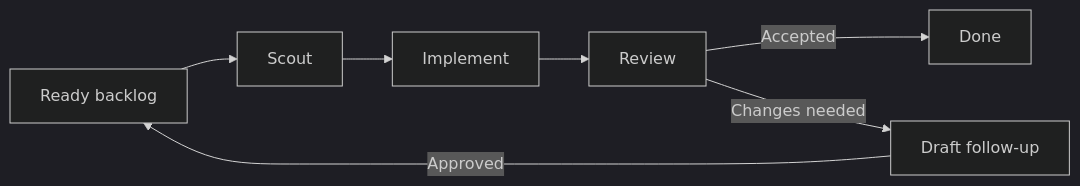
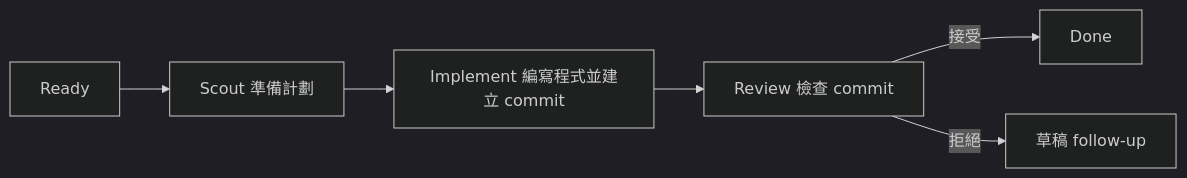
One commit to devos-ing/Roc changed the diagram in README.zh-HK.md. Above: the diagram before and after it, drawn with Mermaid (dark theme). The commit also changed other lines of this file, not shown here.

````diff
--- a/README.zh-HK.md
+++ b/README.zh-HK.md
@@ -209,9 +91,8 @@
 ```mermaid
 flowchart LR
-    B[Ready backlog] --> S[Scout]
-    S --> I[Implement]
-    I --> R[Review]
-    R -->|Accepted| D[Done]
-    R -->|Changes needed| F[Draft follow-up]
-    F -->|Approved| B[Ready backlog]
+    B[Ready] --> S[Scout 準備計劃]
+    S --> I[Implement 編寫程式並建立 commit]
+    I --> R[Review 檢查 commit]
+    R -->|接受| D[Done]
+    R -->|拒絕| F[草稿 follow-up]
 ```
````
